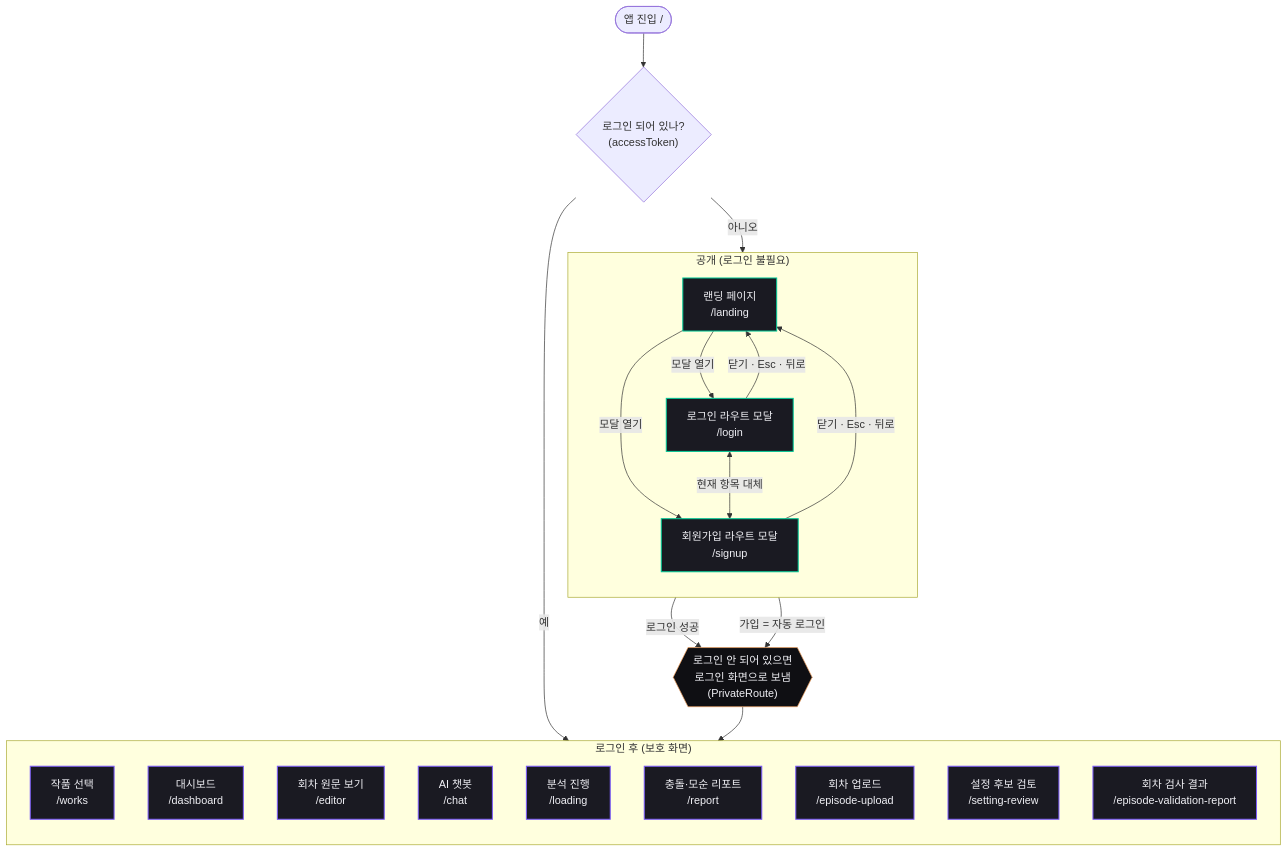
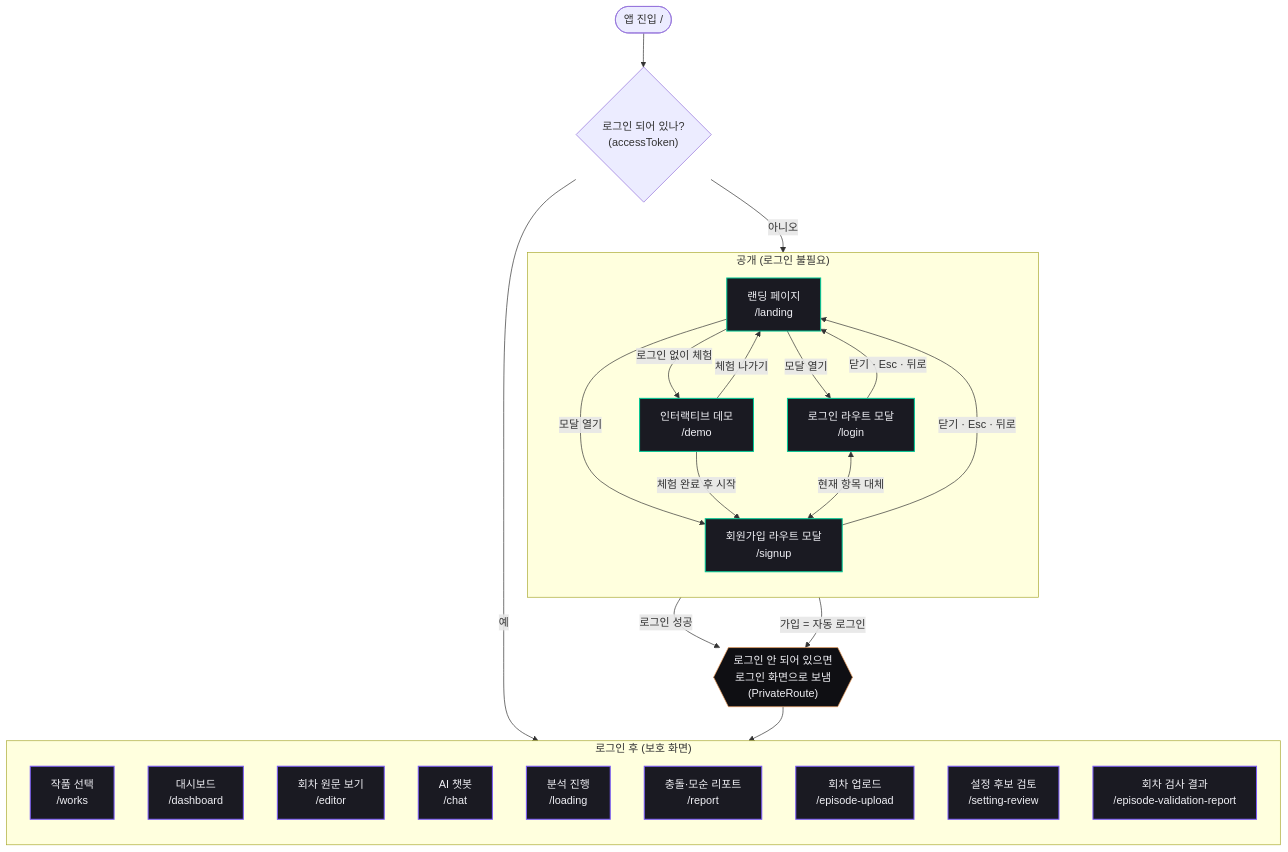
The second of 8 diagrams in docs/screen-flow.md (catchhole-soma/catchhole-front), drawn with Mermaid before and after one commit. The commit also changed other lines of this file and 4 other files, not shown here.

````diff
--- a/docs/screen-flow.md
+++ b/docs/screen-flow.md
@@ -81,46 +83,50 @@
 ```mermaid
 flowchart TD
   entry(["앱 진입 /"]) --> root{"로그인 되어 있나?<br/>(accessToken)"}
   root -- "아니오" --> landing
   root -- "예" --> works
 
   subgraph PUBLIC["공개 (로그인 불필요)"]
     direction TB
     landing["랜딩 페이지<br/>/landing"]
     login["로그인 라우트 모달<br/>/login"]
     signup["회원가입 라우트 모달<br/>/signup"]
+    demo["인터랙티브 데모<br/>/demo"]
   end
 
   landing -- "모달 열기" --> login
   landing -- "모달 열기" --> signup
+  landing -- "로그인 없이 체험" --> demo
+  demo -- "체험 나가기" --> landing
+  demo -- "체험 완료 후 시작" --> signup
   login <-->|"현재 항목 대체"| signup
   login -- "닫기 · Esc · 뒤로" --> landing
   signup -- "닫기 · Esc · 뒤로" --> landing
 
   login -- "로그인 성공" --> gate
   signup -- "가입 = 자동 로그인" --> gate
 
   gate{{"로그인 안 되어 있으면<br/>로그인 화면으로 보냄<br/>(PrivateRoute)"}}:::decision
 
   subgraph PRIVATE["로그인 후 (보호 화면)"]
     direction TB
     works["작품 선택<br/>/works"]
     dashboard["대시보드<br/>/dashboard"]
     editor["회차 원문 보기<br/>/editor"]
     chat["AI 챗봇<br/>/chat"]
     loading["분석 진행<br/>/loading"]
     report["충돌·모순 리포트<br/>/report"]
     upload["회차 업로드<br/>/episode-upload"]
     review["설정 후보 검토<br/>/setting-review"]
     valreport["회차 검사 결과<br/>/episode-validation-report"]
   end
 
   gate --> works
 
   classDef public fill:#1A1A22,stroke:#00C896,stroke-width:1.5px,color:#F0F0F5;
   classDef private fill:#1A1A22,stroke:#7C5CFC,stroke-width:1.5px,color:#F0F0F5;
   classDef decision fill:#0F0F13,stroke:#F4A261,color:#F0F0F5;
 
-  class landing,login,signup public;
+  class landing,login,signup,demo public;
   class works,dashboard,editor,chat,loading,report,upload,review,valreport private;
 ```
````
